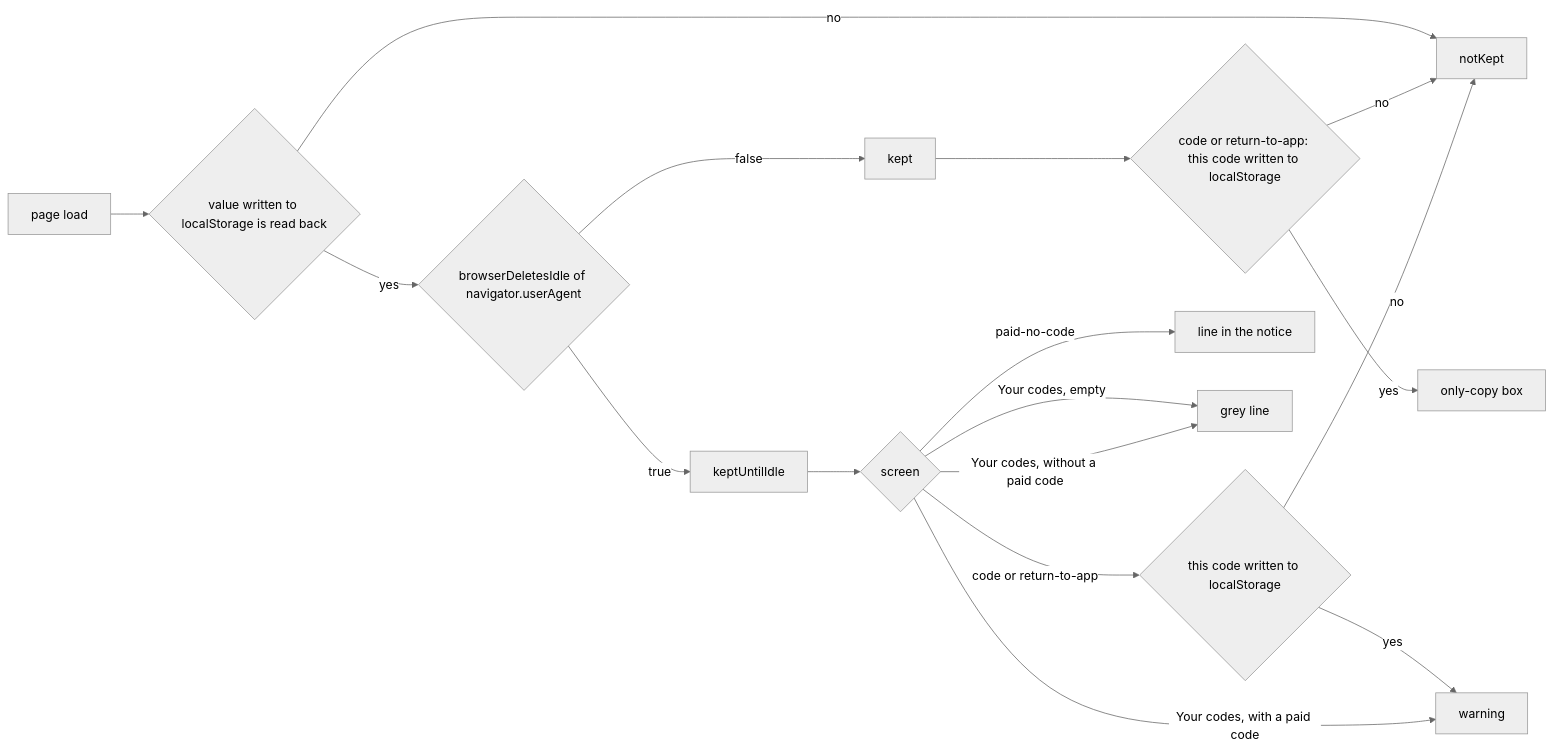
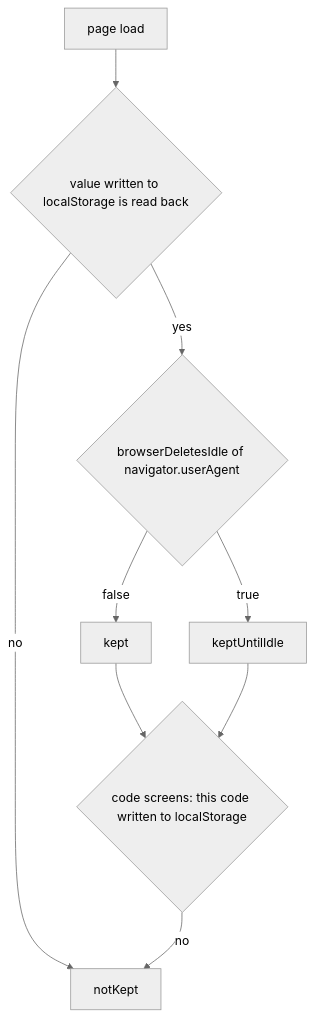
One commit to simplex-chat/simplex-chat changed the diagram in plans/2026-11-17-badges-browser-deletes-codes.md. Above: the diagram before and after it, drawn with Mermaid (neutral theme). The commit also changed other lines of this file, not shown here.

Commit message:
plans: badges retention outcome per screen

````diff
--- a/plans/2026-11-17-badges-browser-deletes-codes.md
+++ b/plans/2026-11-17-badges-browser-deletes-codes.md
@@ -49,19 +49,11 @@
 ```mermaid
-flowchart LR
+flowchart TD
   load[page load] --> w0{value written to localStorage is read back}
   w0 -->|no| nk[notKept]
   w0 -->|yes| d{browserDeletesIdle of navigator.userAgent}
   d -->|false| k[kept]
   d -->|true| u[keptUntilIdle]
-  k --> ck{code or return-to-app: this code written to localStorage}
-  ck -->|no| nk
-  ck -->|yes| none[only-copy box]
-  u --> s{screen}
-  s -->|code or return-to-app| c{this code written to localStorage}
-  c -->|yes| box[warning]
-  c -->|no| nk
-  s -->|paid-no-code| notice[line in the notice]
-  s -->|Your codes, empty| grey[grey line]
-  s -->|Your codes, without a paid code| grey
-  s -->|Your codes, with a paid code| box
+  k --> cw{code screens: this code written to localStorage}
+  u --> cw
+  cw -->|no| nk
 ```
````
